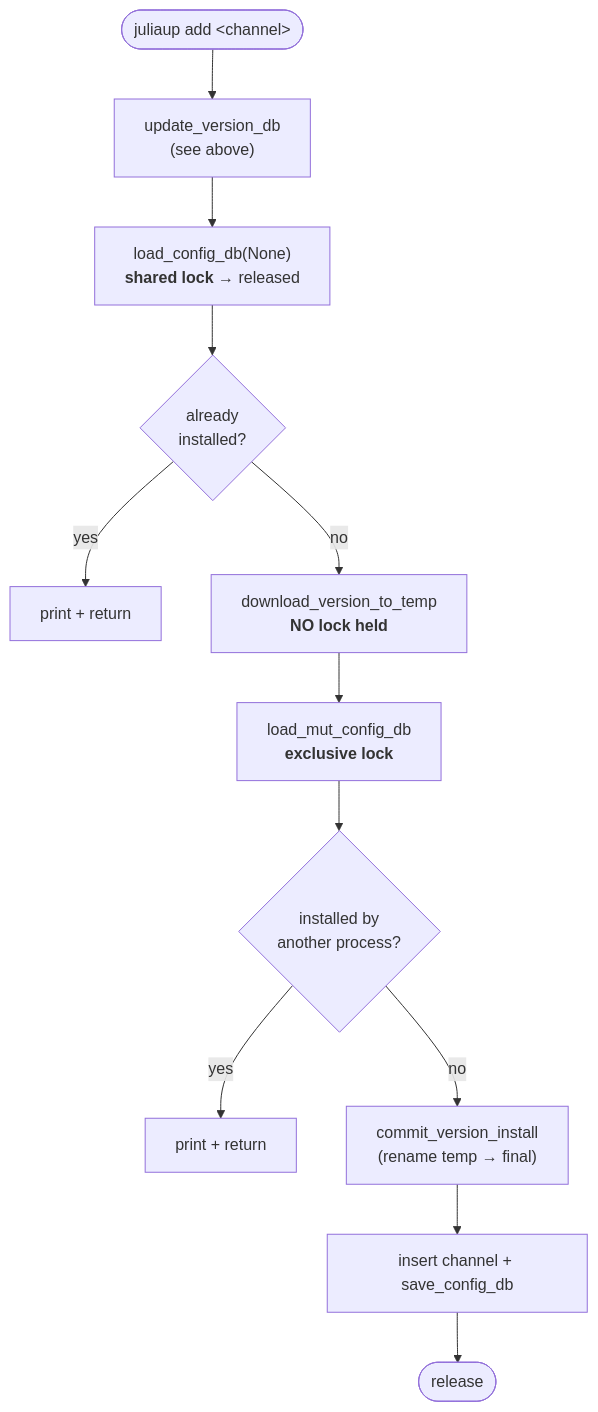
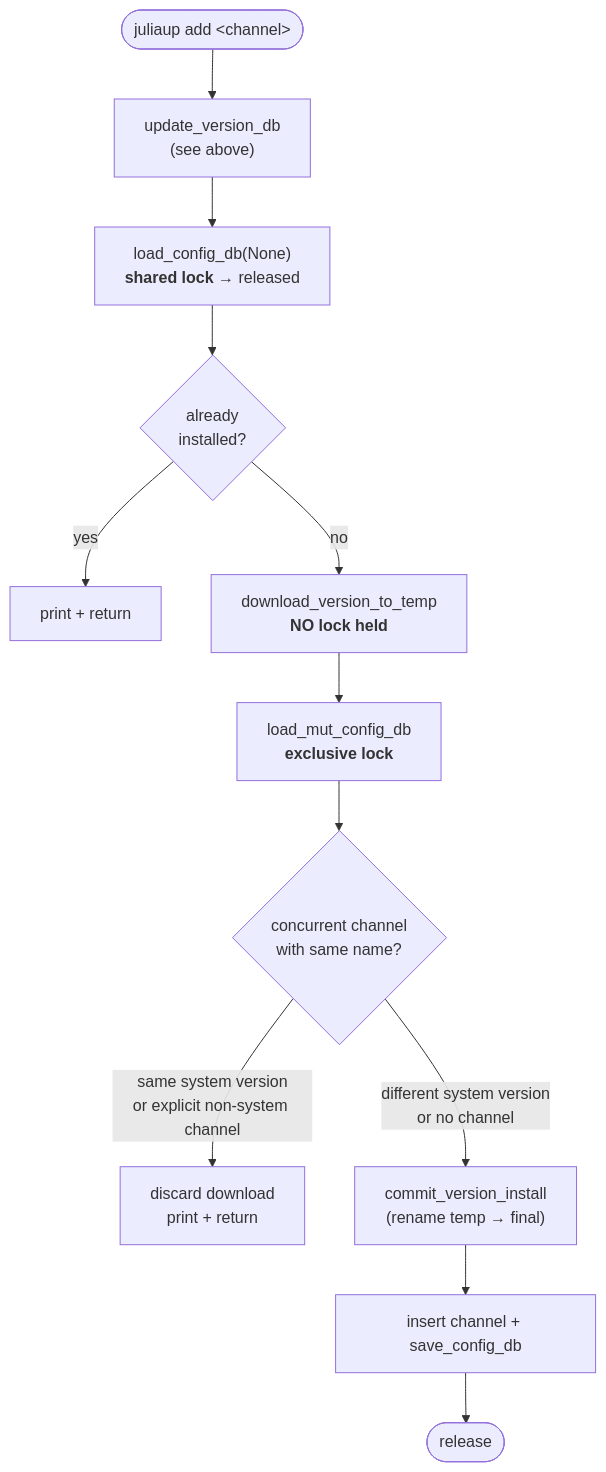
The fourth of 7 diagrams in devdocs/locking_and_update_flows.md (JuliaLang/juliaup), drawn with Mermaid before and after one commit. The commit also changed other lines of this file and 1 other file, not shown here.

Commit message:
Fix concurrent add dropping downloaded version (#1573)

````diff
--- a/devdocs/locking_and_update_flows.md
+++ b/devdocs/locking_and_update_flows.md
@@ -143,14 +143,14 @@
 ```mermaid
 flowchart TD
     s(["juliaup add &lt;channel&gt;"]) --> vdb["update_version_db<br/>(see above)"]
     vdb --> pre["load_config_db(None)<br/><b>shared lock</b> → released"]
     pre --> inst{"already<br/>installed?"}
     inst -->|yes| ret["print + return"]
     inst -->|no| dl["download_version_to_temp<br/><b>NO lock held</b>"]
     dl --> wl["load_mut_config_db<br/><b>exclusive lock</b>"]
-    wl --> recheck{"installed by<br/>another process?"}
-    recheck -->|yes| ret2["print + return"]
-    recheck -->|no| commit["commit_version_install<br/>(rename temp → final)"]
+    wl --> recheck{"concurrent channel<br/>with same name?"}
+    recheck -->|"same system version<br/>or explicit non-system channel"| ret2["discard download<br/>print + return"]
+    recheck -->|"different system version<br/>or no channel"| commit["commit_version_install<br/>(rename temp → final)"]
     commit --> cfg["insert channel + save_config_db"]
     cfg --> done(["release"])
 ```
````
